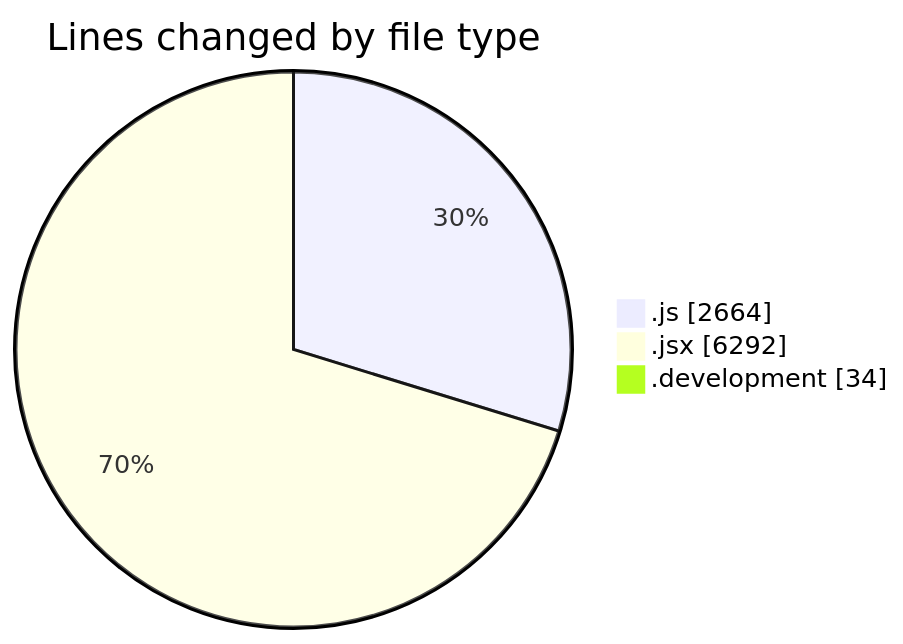
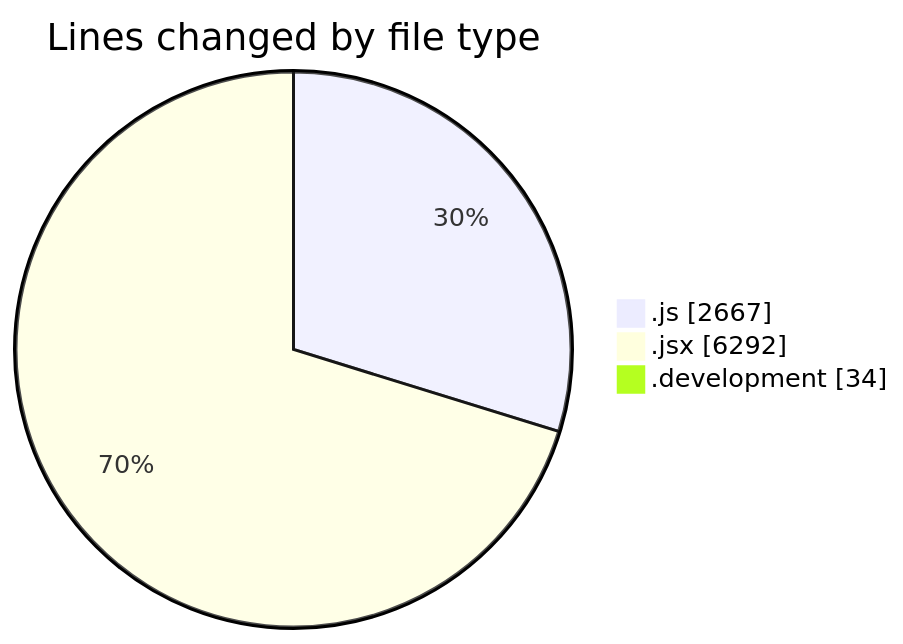
The first of 2 diagrams in 2025-09-18/nxtqube_webapp/README.md (nxtqubesakshisongat/code-tracking), drawn with Mermaid before and after one commit. The commit also changed other lines of this file and 1 other file, not shown here.

````diff
--- a/2025-09-18/nxtqube_webapp/README.md
+++ b/2025-09-18/nxtqube_webapp/README.md
@@ -41,7 +41,7 @@
 ```mermaid
 pie showData
 title Lines changed by file type
-".js" : 2664
+".js" : 2667
 ".jsx" : 6292
 ".development" : 34
 ```
````
